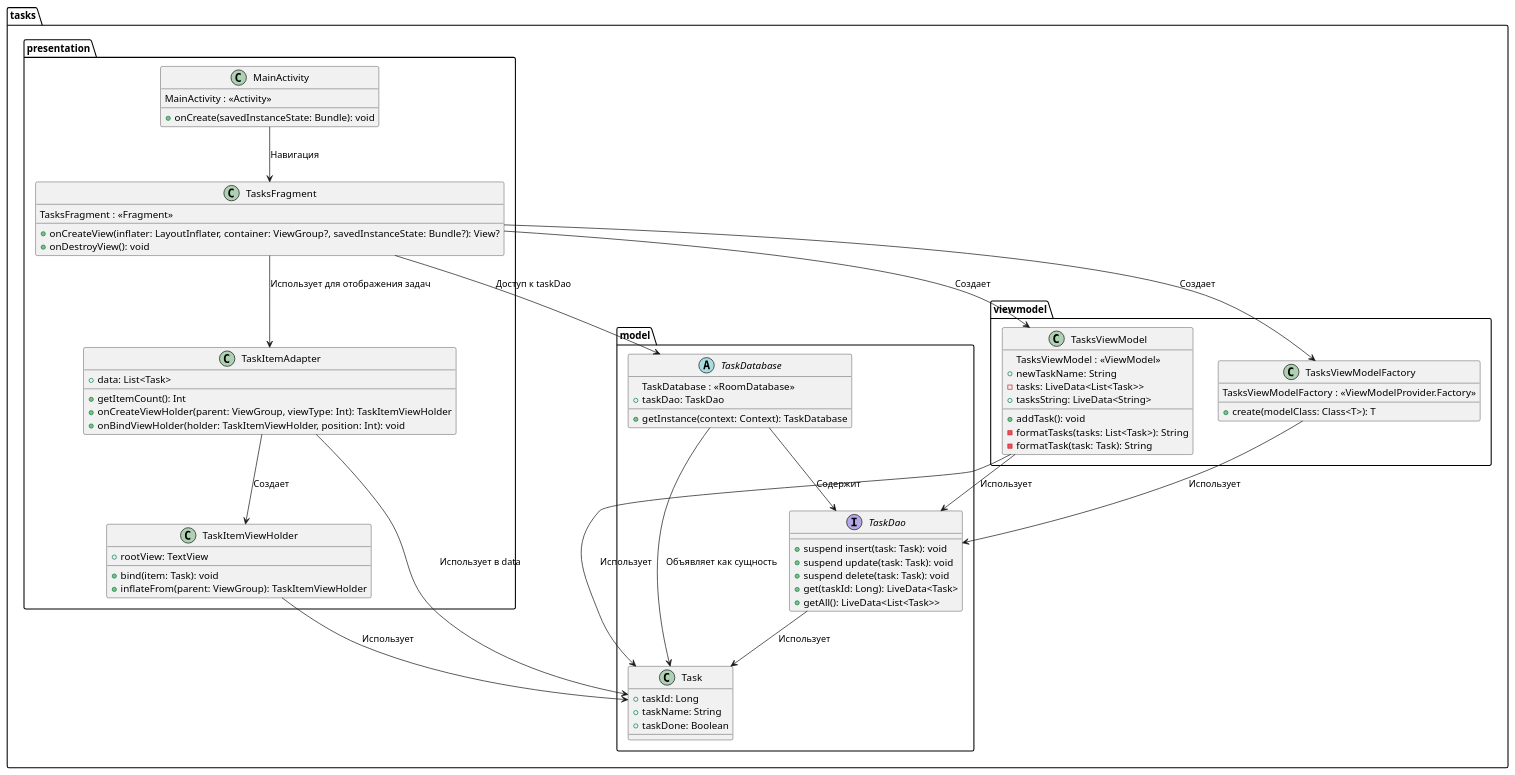
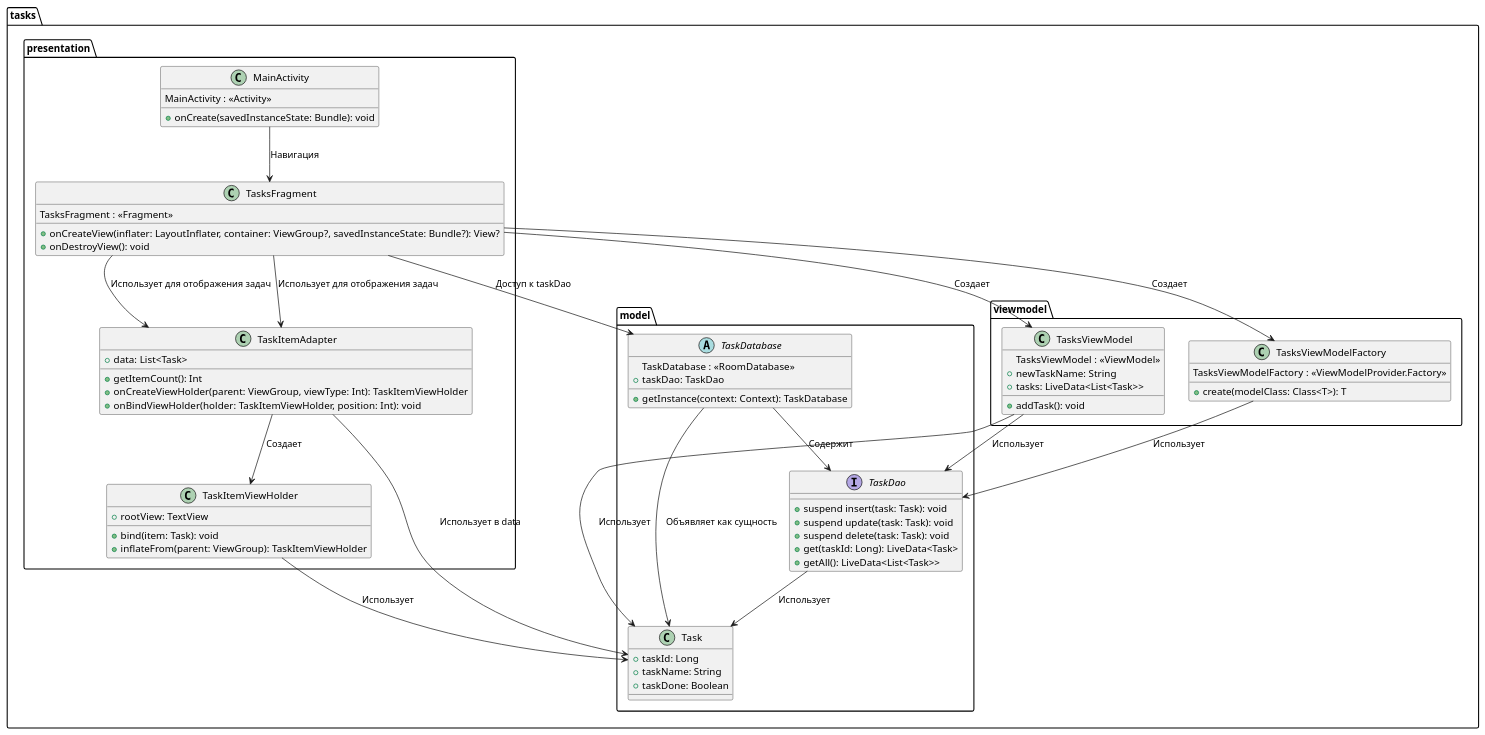
One commit to AbadzhevaK8/android-tasks changed the diagram in app/src/main/java/com/abadzheva/tasks/TasksUML.puml. Above: the diagram before and after it, drawn with PlantUML.

Commit message:
docs: update UML diagram
Updated the UML diagram to reflect the changes in the TasksViewModel and its relationship with other classes:

- Removed `tasksString` and `formatTasks` from TasksViewModel.
- Added `tasks` to TasksViewModel, representing the LiveData of the tasks list.
- Added a relationship between TasksFragment and TaskItemAdapter, indicating that the fragment uses the adapter to display tasks.

```diff
--- a/app/src/main/java/com/abadzheva/tasks/TasksUML.puml
+++ b/app/src/main/java/com/abadzheva/tasks/TasksUML.puml
@@ -1,85 +1,83 @@
 @startuml
 package "tasks.model" {
     class Task {
         +taskId: Long
         +taskName: String
         +taskDone: Boolean
     }
 
     interface TaskDao {
         +suspend insert(task: Task): void
         +suspend update(task: Task): void
         +suspend delete(task: Task): void
         +get(taskId: Long): LiveData<Task>
         +getAll(): LiveData<List<Task>>
     }
 
     abstract class TaskDatabase {
         TaskDatabase : <<RoomDatabase>>
         +taskDao: TaskDao
         +getInstance(context: Context): TaskDatabase
     }
 
     TaskDao --> Task : "Использует"
     TaskDatabase --> TaskDao : "Содержит"
     TaskDatabase --> Task : "Объявляет как сущность"
 }
 
 package "tasks.presentation" {
     class MainActivity {
         MainActivity : <<Activity>>
         +onCreate(savedInstanceState: Bundle): void
     }
 
     class TasksFragment {
         TasksFragment : <<Fragment>>
         +onCreateView(inflater: LayoutInflater, container: ViewGroup?, savedInstanceState: Bundle?): View?
         +onDestroyView(): void
     }
 
     class TaskItemAdapter {
         +data: List<Task>
         +getItemCount(): Int
         +onCreateViewHolder(parent: ViewGroup, viewType: Int): TaskItemViewHolder
         +onBindViewHolder(holder: TaskItemViewHolder, position: Int): void
     }
 
     class TaskItemViewHolder {
         +rootView: TextView
         +bind(item: Task): void
         +inflateFrom(parent: ViewGroup): TaskItemViewHolder
     }
 
     TaskItemAdapter --> TaskItemViewHolder : "Создает"
     TaskItemViewHolder --> Task : "Использует"
+    TasksFragment --> TaskItemAdapter : "Использует для отображения задач"
 }
 
 package "tasks.viewmodel" {
     class TasksViewModel {
         TasksViewModel : <<ViewModel>>
         +newTaskName: String
-        -tasks: LiveData<List<Task>>
-        +tasksString: LiveData<String>
+        +tasks: LiveData<List<Task>>
         +addTask(): void
-        -formatTasks(tasks: List<Task>): String
-        -formatTask(task: Task): String
     }
 
     class TasksViewModelFactory {
         TasksViewModelFactory : <<ViewModelProvider.Factory>>
         +create(modelClass: Class<T>): T
     }
 }
 
 ' Связи между компонентами
 TasksFragment --> TasksViewModelFactory : "Создает"
 TasksFragment --> TasksViewModel : "Создает"
 TasksViewModelFactory --> TaskDao : "Использует"
 
 TasksViewModel --> TaskDao : "Использует"
 TasksViewModel --> Task : "Использует"
 TasksFragment --> TaskDatabase : "Доступ к taskDao"
 MainActivity --> TasksFragment : "Навигация"
 TasksFragment --> TaskItemAdapter : "Использует для отображения задач"
 TaskItemAdapter --> Task : "Использует в data"
 @enduml
```
